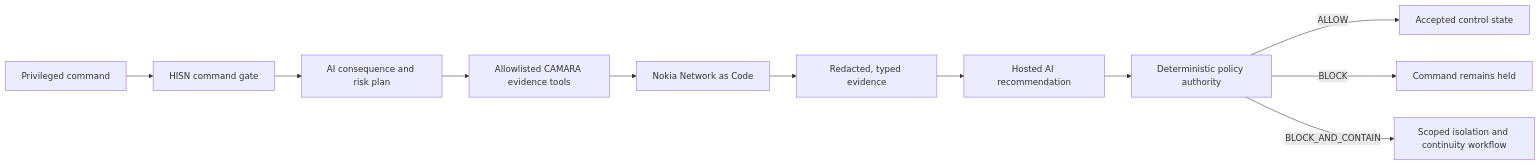
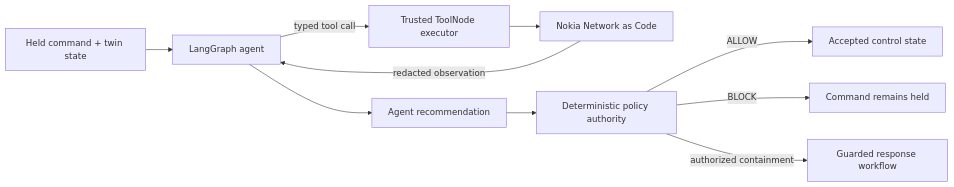
The diagram in README.md (Mutasem-mk4/hisn-ot-prototype), drawn with Mermaid before and after one commit. The commit also changed other lines of this file and 47 other files, not shown here.

Commit message:
Build bounded LangGraph CAMARA agent

````diff
--- a/README.md
+++ b/README.md
@@ -53,13 +29,12 @@
 ```mermaid
 flowchart LR
-  A[Privileged command] --> B[HISN command gate]
-  B --> C[AI consequence and risk plan]
-  C --> D[Allowlisted CAMARA evidence tools]
-  D --> E[Nokia Network as Code]
-  E --> F[Redacted, typed evidence]
-  F --> G[Hosted AI recommendation]
-  G --> H[Deterministic policy authority]
-  H -->|ALLOW| I[Accepted control state]
-  H -->|BLOCK| J[Command remains held]
-  H -->|BLOCK_AND_CONTAIN| K[Scoped isolation and continuity workflow]
+  A[Held command + twin state] --> B[LangGraph agent]
+  B -->|typed tool call| C[Trusted ToolNode executor]
+  C --> D[Nokia Network as Code]
+  D -->|redacted observation| B
+  B --> E[Agent recommendation]
+  E --> F[Deterministic policy authority]
+  F -->|ALLOW| G[Accepted control state]
+  F -->|BLOCK| H[Command remains held]
+  F -->|authorized containment| I[Guarded response workflow]
 ```
````
